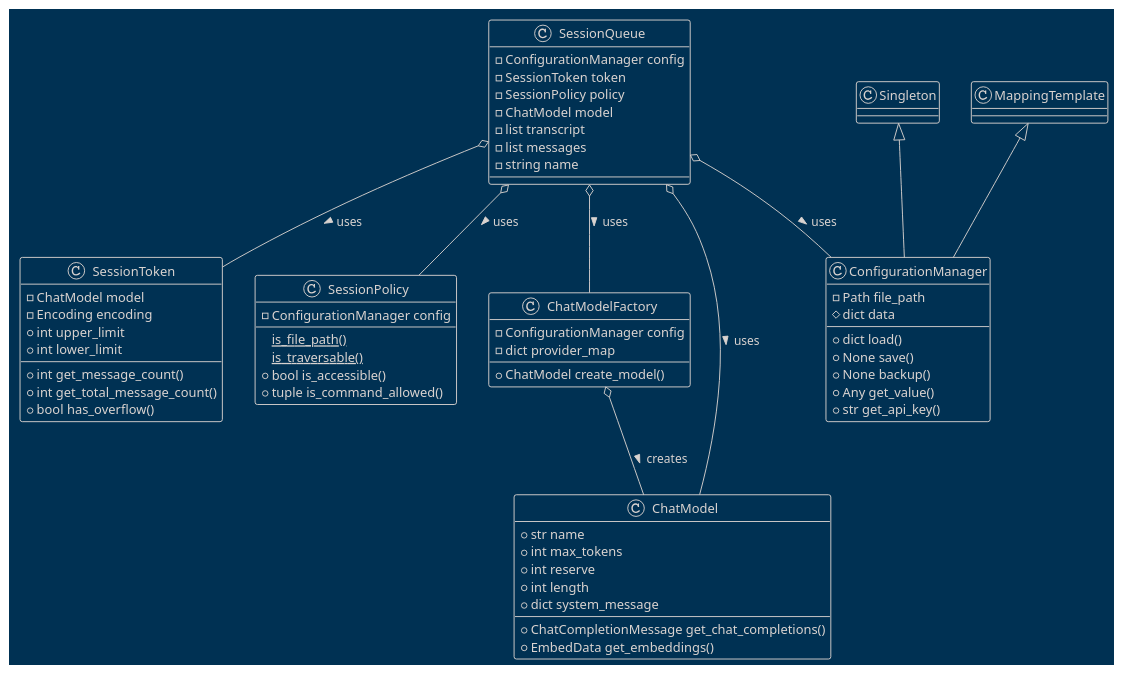
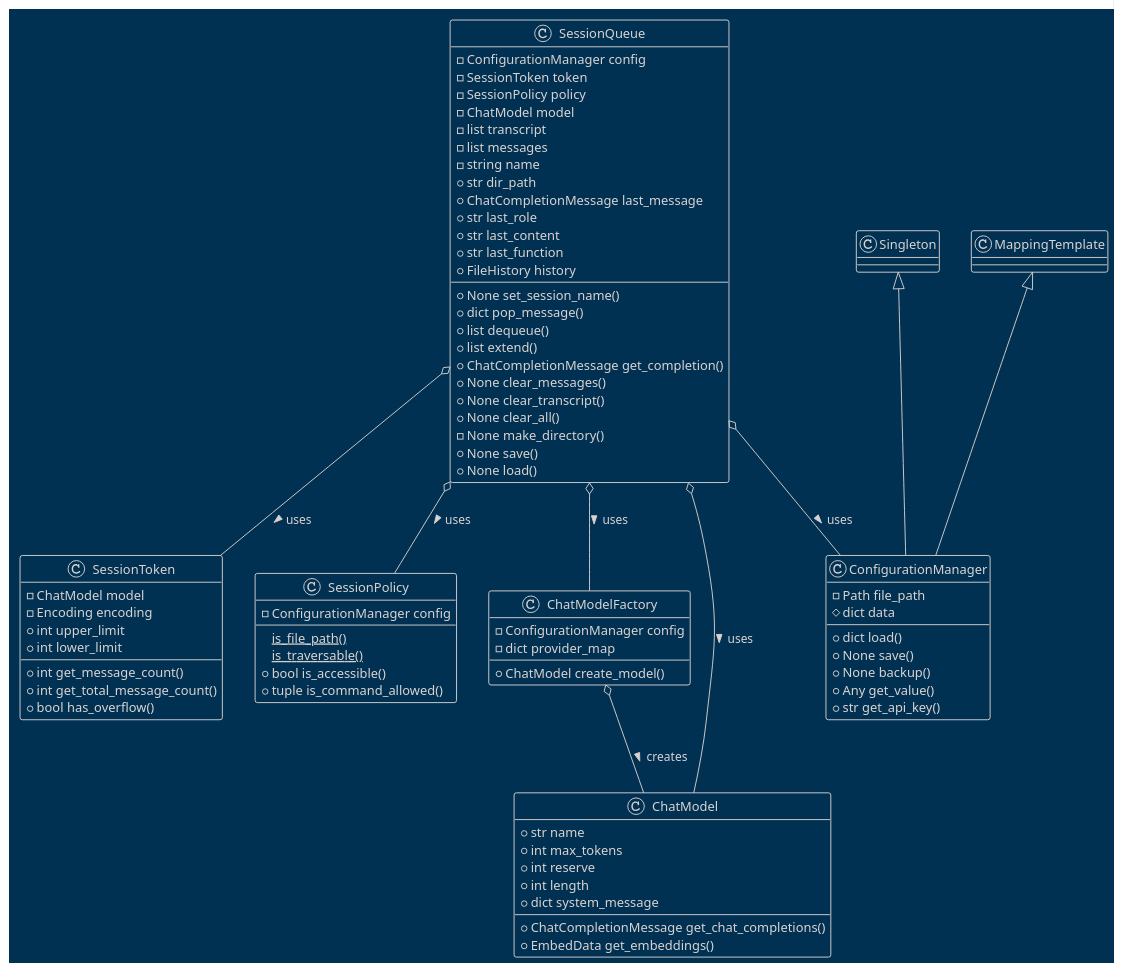
One commit to teleprint-me/py.gpt.prompt changed the diagram in docs/diagrams/plantuml/session_queue.puml. Above: the diagram before and after it, drawn with PlantUML.

Commit message:
docs: Add SessionQueue diagram

```diff
--- a/docs/diagrams/plantuml/session_queue.puml
+++ b/docs/diagrams/plantuml/session_queue.puml
@@ -1,68 +1,85 @@
 @startuml SessionQueue
 !theme blueprint
 
 ' Define classes
 
 class SessionQueue {
   - ConfigurationManager config
   - SessionToken token
   - SessionPolicy policy
   - ChatModel model
   - list transcript
   - list messages
   - string name
+  + str dir_path
+  + ChatCompletionMessage last_message
+  + str last_role
+  + str last_content
+  + str last_function
+  + FileHistory history
+  + None set_session_name()
+  + dict pop_message()
+  + list dequeue()
+  + list extend()
+  + ChatCompletionMessage get_completion()
+  + None clear_messages()
+  + None clear_transcript()
+  + None clear_all()
+  - None make_directory()
+  + None save()
+  + None load()
 }
 
 class ConfigurationManager extends Singleton, MappingTemplate {
   - Path file_path
   # dict data
   + dict load()
   + None save()
   + None backup()
   + Any get_value()
   + str get_api_key()
 }
 
 class SessionToken {
   - ChatModel model
   - Encoding encoding
   + int upper_limit
   + int lower_limit
   + int get_message_count()
   + int get_total_message_count()
   + bool has_overflow()
 }
 
 class SessionPolicy {
   - ConfigurationManager config
   {static} is_file_path()
   {static} is_traversable()
   + bool is_accessible()
   + tuple is_command_allowed()
 }
 
 class ChatModelFactory {
   - ConfigurationManager config
   - dict provider_map
   + ChatModel create_model()
 }
 
 class ChatModel {
   + str name
   + int max_tokens
   + int reserve
   + int length
   + dict system_message
   + ChatCompletionMessage get_chat_completions()
   + EmbedData get_embeddings()
 }
 
 ' Define relationships
 
 SessionQueue o-- ConfigurationManager : uses >
 SessionQueue o-- SessionToken : uses >
 SessionQueue o-- SessionPolicy : uses >
 SessionQueue o-- ChatModel : uses >
 ChatModelFactory o-- ChatModel : creates >
 SessionQueue o-- ChatModelFactory : uses >
 @enduml
```
